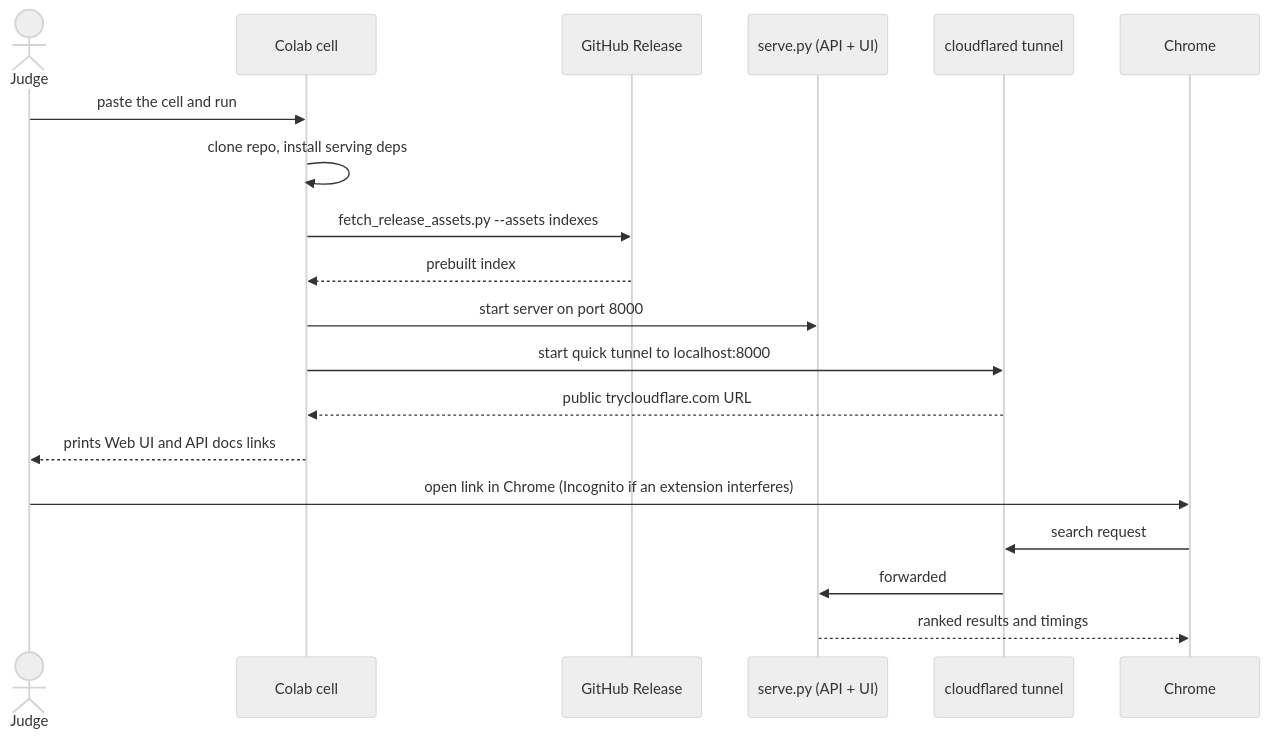
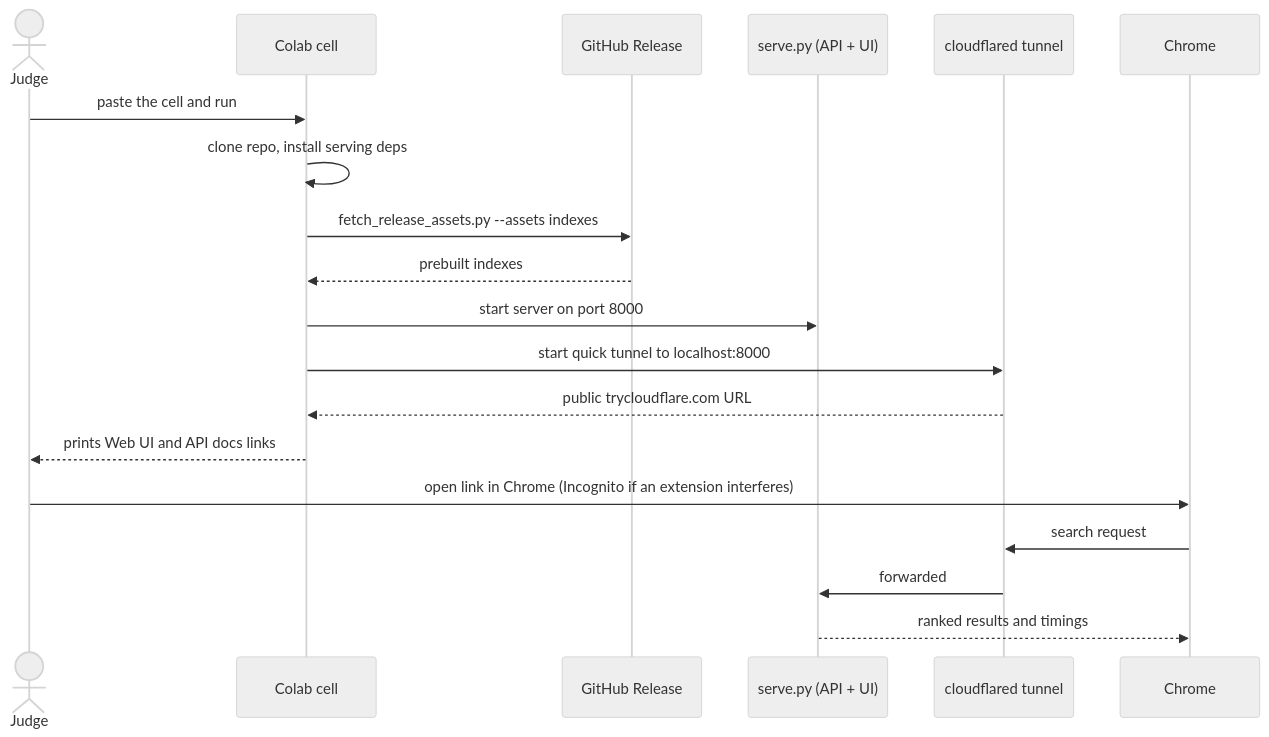
One commit to dhruvvvgg/samsungprism-teamdiamonds-01 changed the first of 6 diagrams in README.md. Above: the diagram before and after it, drawn with Mermaid. The commit also changed other lines of this file, not shown here.

````diff
--- a/README.md
+++ b/README.md
@@ -66,23 +82,23 @@
 ```mermaid
 %%{init: {'theme': 'neutral'}}%%
 sequenceDiagram
     actor J as Judge
     participant N as Colab cell
     participant G as GitHub Release
     participant S as serve.py (API + UI)
     participant T as cloudflared tunnel
     participant B as Chrome
 
     J->>N: paste the cell and run
     N->>N: clone repo, install serving deps
     N->>G: fetch_release_assets.py --assets indexes
-    G-->>N: prebuilt index
+    G-->>N: prebuilt indexes
     N->>S: start server on port 8000
     N->>T: start quick tunnel to localhost:8000
     T-->>N: public trycloudflare.com URL
     N-->>J: prints Web UI and API docs links
     J->>B: open link in Chrome (Incognito if an extension interferes)
     B->>T: search request
     T->>S: forwarded
     S-->>B: ranked results and timings
 ```
````
